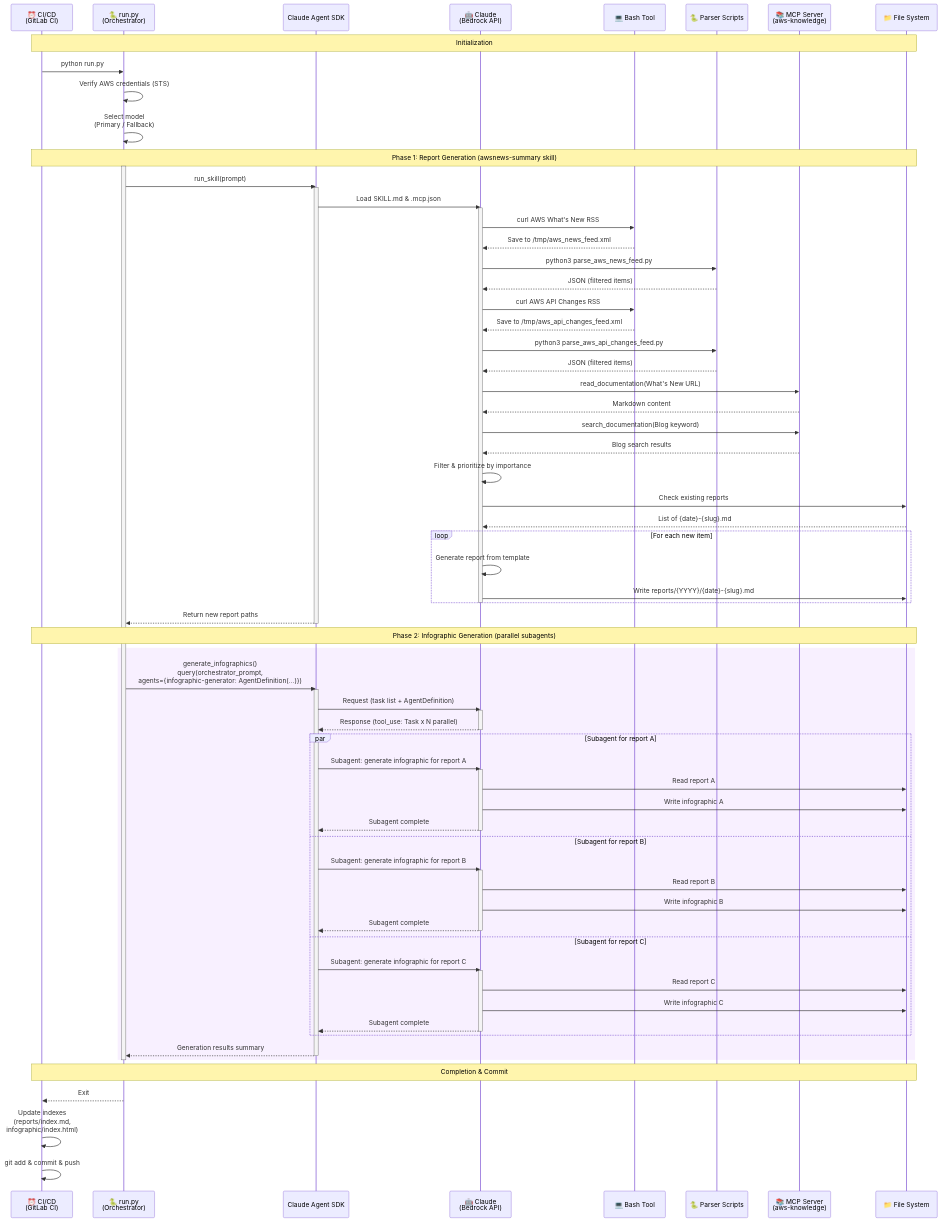
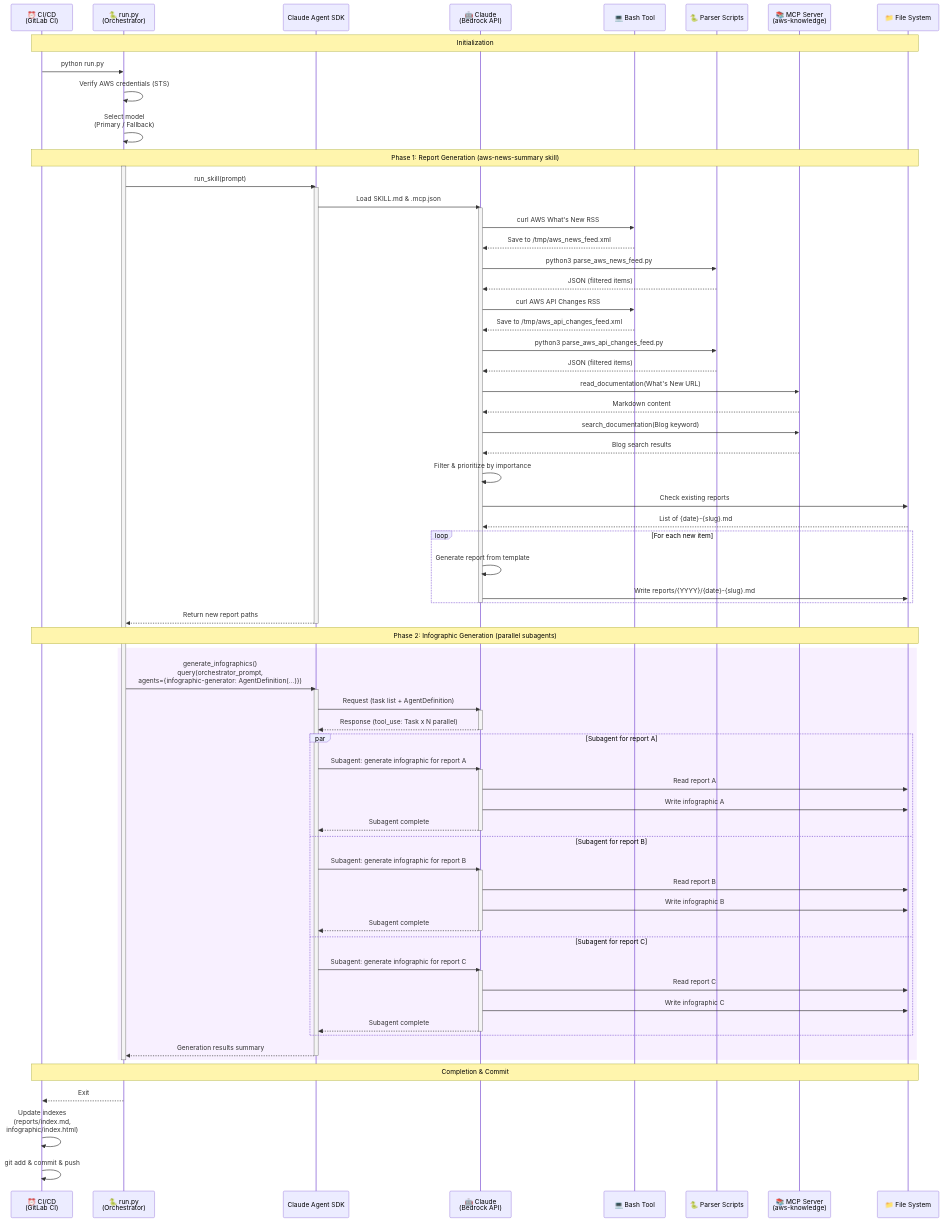
The third of 4 diagrams in README-en.md (takech9203/awsnews-summary), drawn with Mermaid before and after one commit. The commit also changed other lines of this file and 17 other files, not shown here.

First line of the commit message:
refactor: rename skill directory from awsnews-summary to aws-news-summary

```diff
--- a/README-en.md
+++ b/README-en.md
@@ -280,7 +280,7 @@
     RunPy->>RunPy: Verify AWS credentials (STS)
     RunPy->>RunPy: Select model<br/>(Primary / Fallback)
 
-    Note over CI,FS: Phase 1: Report Generation (awsnews-summary skill)
+    Note over CI,FS: Phase 1: Report Generation (aws-news-summary skill)
 
     activate RunPy
     RunPy->>SDK: run_skill(prompt)
```
